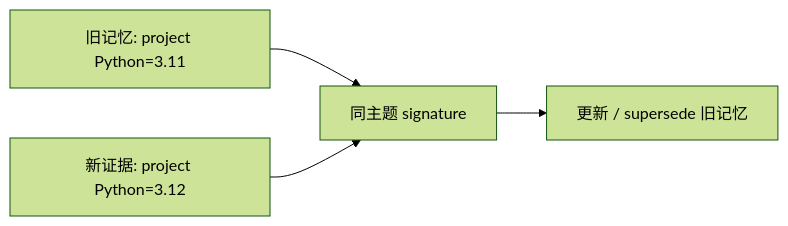
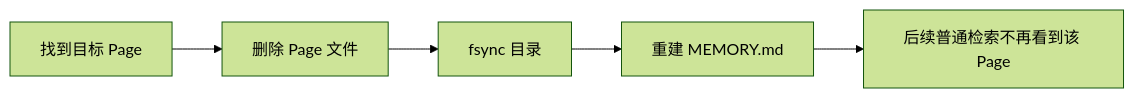
Before and after one commit to Arthur999459up/GitAgent: diagram 11 of 16 in docs/11-long-term-memory.md, drawn with Mermaid (forest theme). The commit also changed other lines of this file and 3 other files, not shown here.

````diff
--- a/docs/11-long-term-memory.md
+++ b/docs/11-long-term-memory.md
@@ -191,6 +664,7 @@
 ```mermaid
 flowchart LR
-    O[旧记忆: project Python=3.11] --> S[同主题 signature]
-    N[新证据: project Python=3.12] --> S
-    S --> U[更新 / supersede 旧记忆]
+    A[找到目标 Page] --> B[删除 Page 文件]
+    B --> C[fsync 目录]
+    C --> D[重建 MEMORY.md]
+    D --> E[后续普通检索不再看到该 Page]
 ```
````
